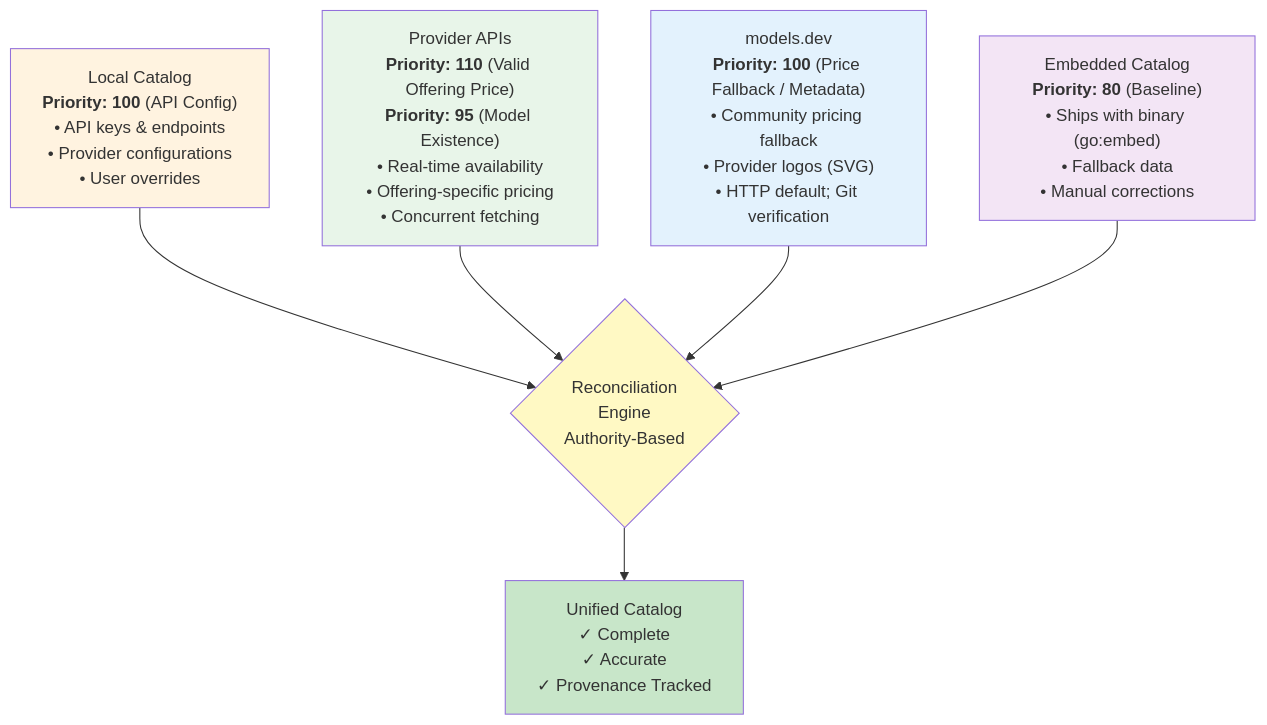
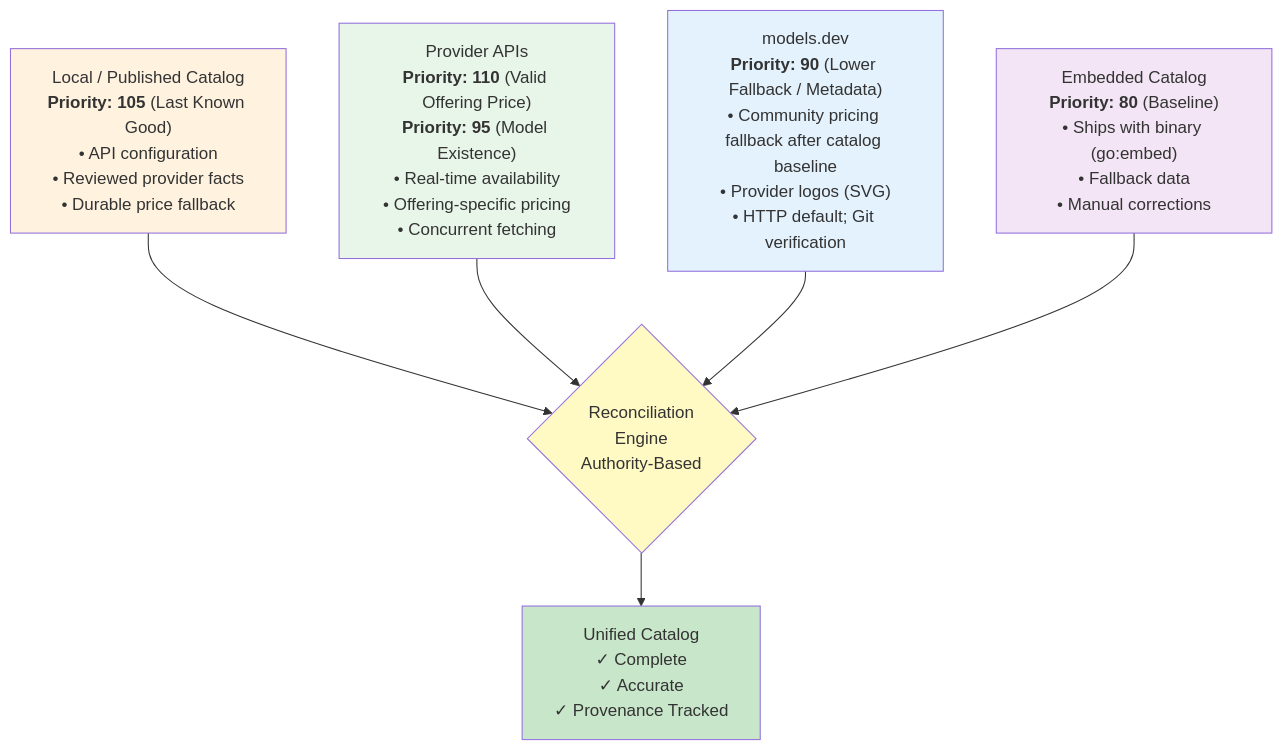
One commit to agentstation/starmap changed the fourth of 8 diagrams in docs/ARCHITECTURE.md. Above: the diagram before and after it, drawn with Mermaid. The commit also changed other lines of this file and 381 other files, not shown here.

First line of the commit message:
feat!: establish enterprise provider catalog

````diff
--- a/docs/ARCHITECTURE.md
+++ b/docs/ARCHITECTURE.md
@@ -1010,23 +986,23 @@
 ```mermaid
 graph TD
-    LOCAL["Local Catalog<br/><b>Priority: 100</b> (API Config)<br/>• API keys & endpoints<br/>• Provider configurations<br/>• User overrides"]
+    LOCAL["Local / Published Catalog<br/><b>Priority: 105</b> (Last Known Good)<br/>• API configuration<br/>• Reviewed provider facts<br/>• Durable price fallback"]
     API["Provider APIs<br/><b>Priority: 110</b> (Valid Offering Price)<br/><b>Priority: 95</b> (Model Existence)<br/>• Real-time availability<br/>• Offering-specific pricing<br/>• Concurrent fetching"]
-    MD["models.dev<br/><b>Priority: 100</b> (Price Fallback / Metadata)<br/>• Community pricing fallback<br/>• Provider logos (SVG)<br/>• HTTP default; Git verification"]
+    MD["models.dev<br/><b>Priority: 90</b> (Lower Fallback / Metadata)<br/>• Community pricing fallback after catalog baseline<br/>• Provider logos (SVG)<br/>• HTTP default; Git verification"]
     EMB["Embedded Catalog<br/><b>Priority: 80</b> (Baseline)<br/>• Ships with binary (go:embed)<br/>• Fallback data<br/>• Manual corrections"]
 
     REC{Reconciliation<br/>Engine<br/>Authority-Based}
     CAT["Unified Catalog<br/>✓ Complete<br/>✓ Accurate<br/>✓ Provenance Tracked"]
 
     LOCAL --> REC
     API --> REC
     MD --> REC
     EMB --> REC
     REC --> CAT
 
     style LOCAL fill:#fff3e0
     style API fill:#e8f5e9
     style MD fill:#e3f2fd
     style EMB fill:#f3e5f5
     style REC fill:#fff9c4
     style CAT fill:#c8e6c9
 ```
````
